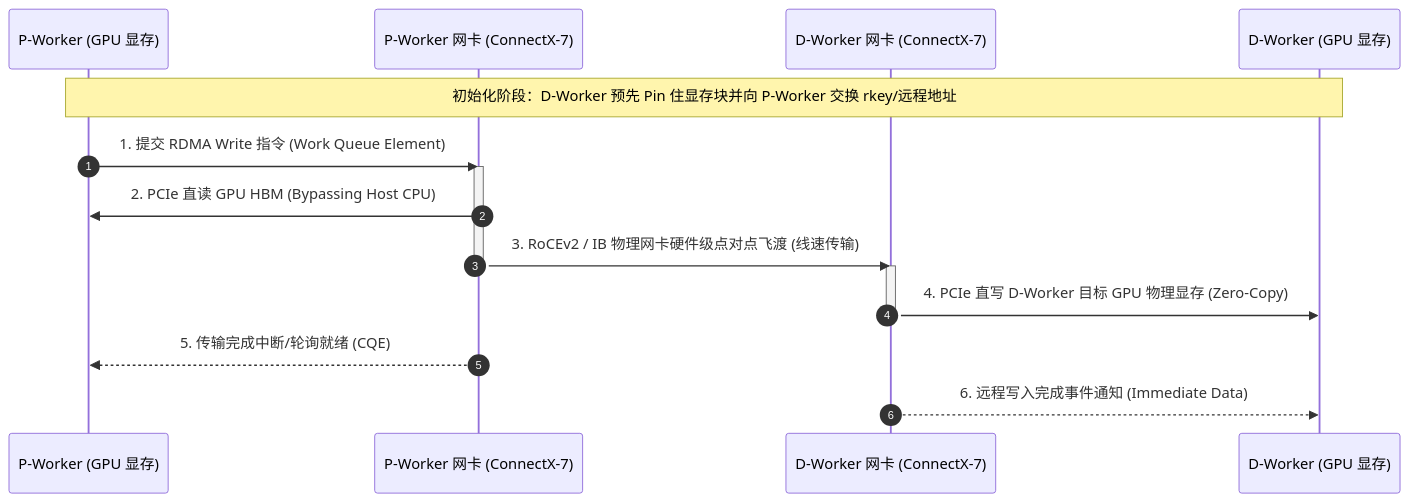
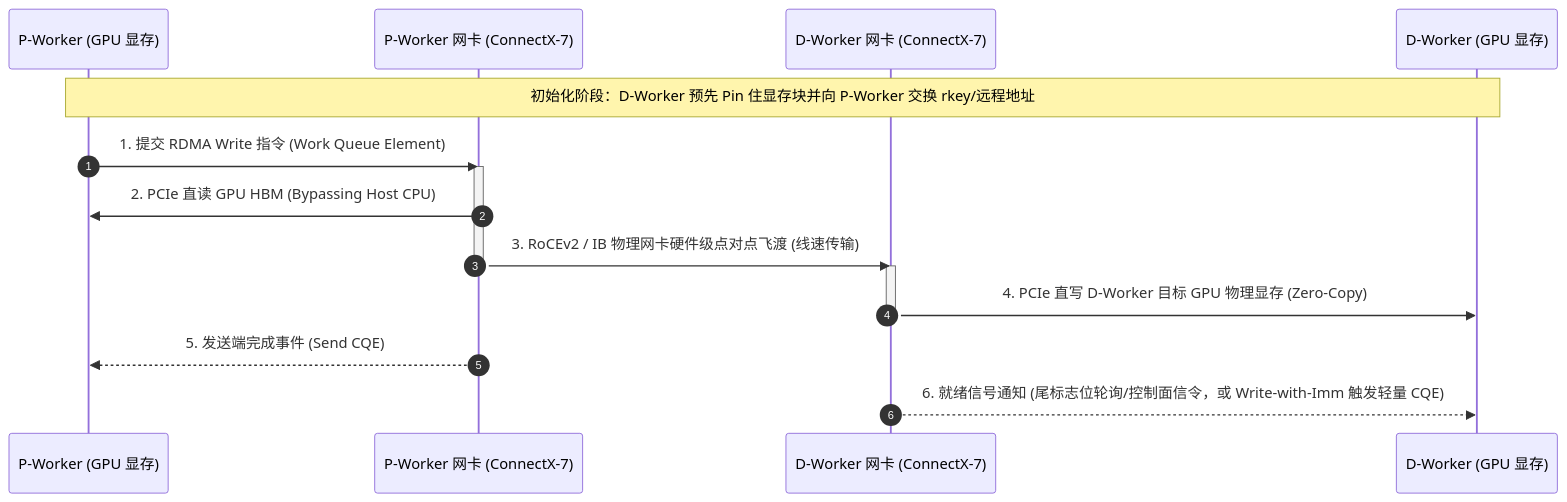
One commit to ifnodoraemon/ifnodoraemon.github.io changed the second of 4 diagrams in content/zh/articles/pd-disaggregation-distributed-kv-cache.md. Above: the diagram before and after it, drawn with Mermaid. The commit also changed other lines of this file and 171 other files, not shown here.

````diff
--- a/content/zh/articles/pd-disaggregation-distributed-kv-cache.md
+++ b/content/zh/articles/pd-disaggregation-distributed-kv-cache.md
@@ -177,22 +180,22 @@
 ```mermaid
 sequenceDiagram
     autonumber
     participant P_GPU as P-Worker (GPU 显存)
     participant P_NIC as P-Worker 网卡 (ConnectX-7)
     participant D_NIC as D-Worker 网卡 (ConnectX-7)
     participant D_GPU as D-Worker (GPU 显存)
 
     Note over P_GPU,D_GPU: 初始化阶段：D-Worker 预先 Pin 住显存块并向 P-Worker 交换 rkey/远程地址
     
     P_GPU->>P_NIC: 1. 提交 RDMA Write 指令 (Work Queue Element)
     activate P_NIC
     P_NIC->>P_GPU: 2. PCIe 直读 GPU HBM (Bypassing Host CPU)
     P_NIC->>D_NIC: 3. RoCEv2 / IB 物理网卡硬件级点对点飞渡 (线速传输)
     deactivate P_NIC
     activate D_NIC
     D_NIC->>D_GPU: 4. PCIe 直写 D-Worker 目标 GPU 物理显存 (Zero-Copy)
     deactivate D_NIC
     
-    P_NIC-->>P_GPU: 5. 传输完成中断/轮询就绪 (CQE)
-    D_NIC-->>D_GPU: 6. 远程写入完成事件通知 (Immediate Data)
+    P_NIC-->>P_GPU: 5. 发送端完成事件 (Send CQE)
+    D_NIC-->>D_GPU: 6. 就绪信号通知 (尾标志位轮询/控制面信令，或 Write-with-Imm 触发轻量 CQE)
 ```
````
